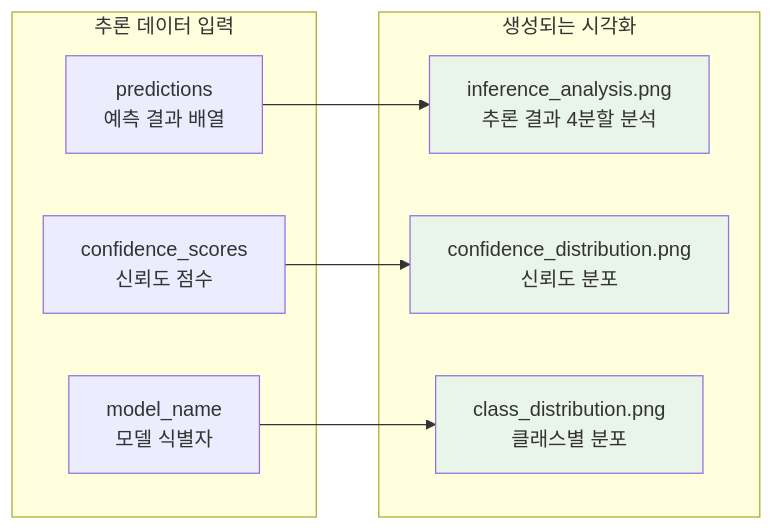
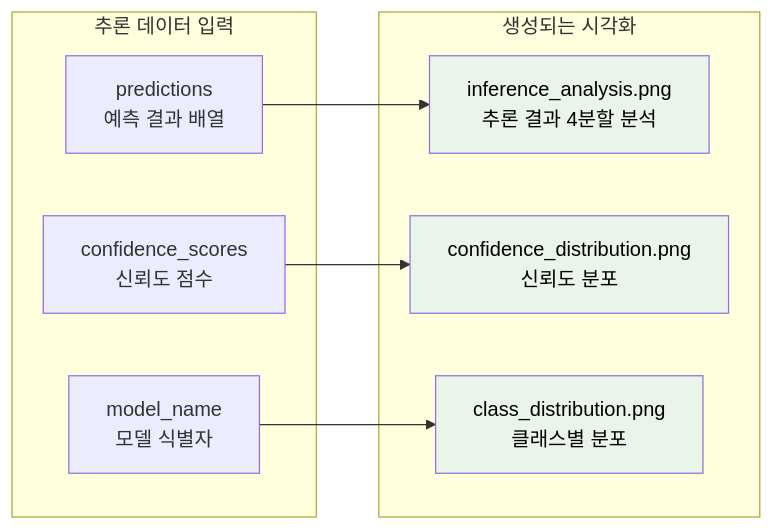
Before and after one commit to nimnusmik/CV_documents_classification_competition: the fourth of 6 diagrams in docs/시스템/시각화_시스템_가이드.md, drawn with Mermaid. The commit also changed other lines of this file and 11 other files, not shown here.

Commit message:
docs: mermaid 글자 색상 명확한 검정색으로 수정

````diff
--- a/docs/시스템/시각화_시스템_가이드.md
+++ b/docs/시스템/시각화_시스템_가이드.md
@@ -205,22 +205,22 @@
 ```mermaid
 graph LR
     subgraph "추론 데이터 입력"
         A[predictions<br/>예측 결과 배열]
         B[confidence_scores<br/>신뢰도 점수]
         C[model_name<br/>모델 식별자]
     end
     
     subgraph "생성되는 시각화"
         D[inference_analysis.png<br/>추론 결과 4분할 분석]
         E[confidence_distribution.png<br/>신뢰도 분포]
         F[class_distribution.png<br/>클래스별 분포]
     end
     
     A --> D
     B --> E
     C --> F
     
-    style D fill:#e8f5e8
-    style E fill:#e8f5e8
-    style F fill:#e8f5e8
+    style D fill:#e8f5e8, color:#000000
+    style E fill:#e8f5e8, color:#000000
+    style F fill:#e8f5e8, color:#000000
 ```
````
